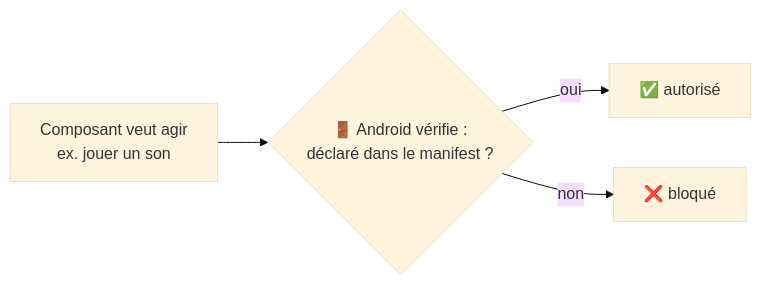
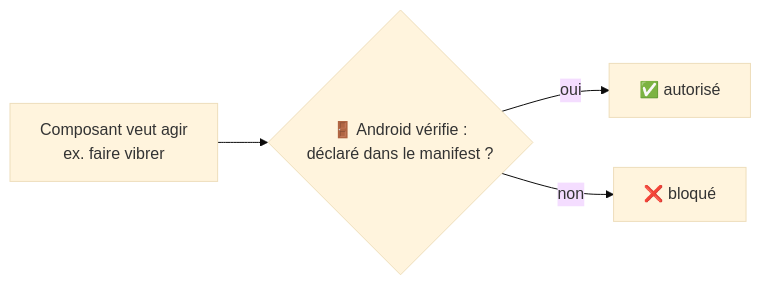
Before and after one commit to theopayet1/brain_bean: the second of 3 diagrams in doc_kotlin/la base/2 système et matériel/03 Les Permissions.md, drawn with Mermaid (base theme). The commit also changed other lines of this file and 24 other files, not shown here.

````diff
--- a/doc_kotlin/la base/2 système et matériel/03 Les Permissions.md
+++ b/doc_kotlin/la base/2 système et matériel/03 Les Permissions.md
@@ -48,6 +48,6 @@
 ```mermaid
 flowchart LR
-    A[Composant veut agir<br/>ex. jouer un son] --> G{🚪 Android vérifie :<br/>déclaré dans le manifest ?}
+    A[Composant veut agir<br/>ex. faire vibrer] --> G{🚪 Android vérifie :<br/>déclaré dans le manifest ?}
     G -->|oui| OK[✅ autorisé]
     G -->|non| KO[❌ bloqué]
 ```
````
